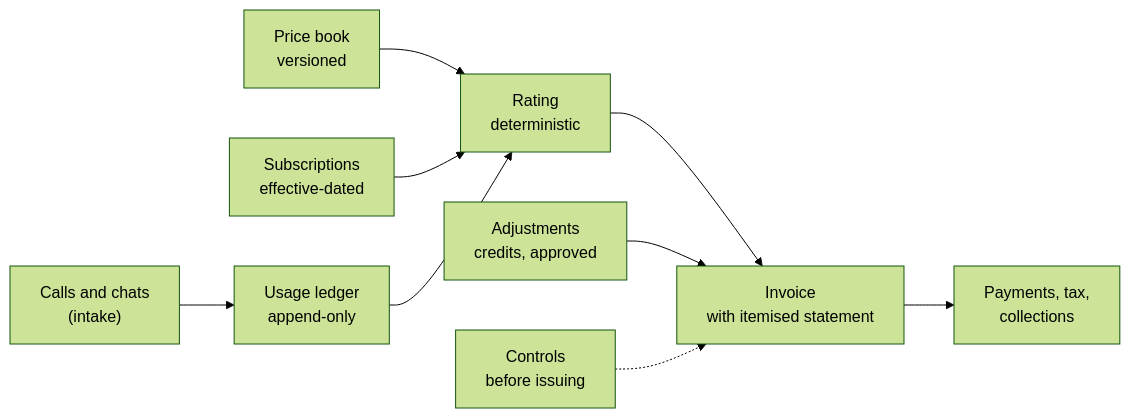
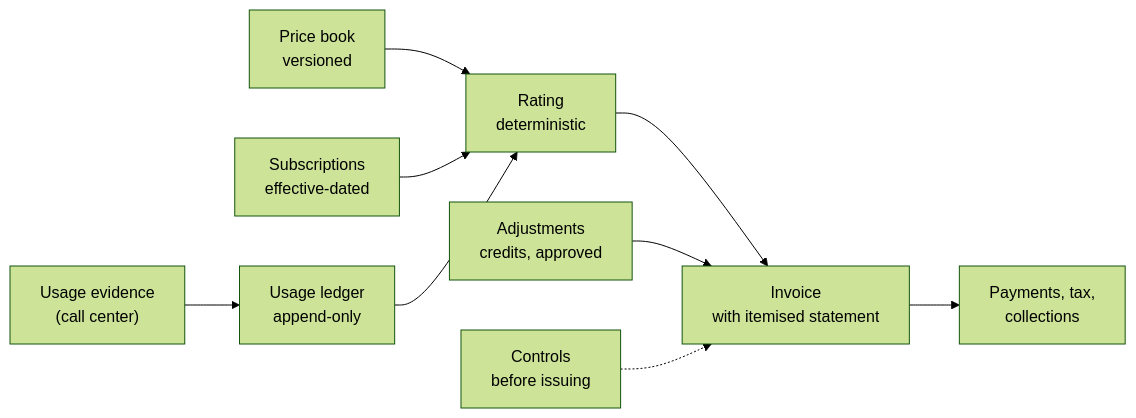
Before and after one commit to cthomas76c5h/leads-integration: the diagram in docs/billing/strategy.md, drawn with Mermaid (forest theme). The commit also changed other lines of this file and 40 other files, not shown here.

````diff
--- a/docs/billing/strategy.md
+++ b/docs/billing/strategy.md
@@ -81,10 +81,10 @@
 ```mermaid
 flowchart LR
-  C["Calls and chats<br/>(intake)"] --> U["Usage ledger<br/>append-only"]
+  C["Usage evidence<br/>(call center)"] --> U["Usage ledger<br/>append-only"]
   P["Price book<br/>versioned"] --> R["Rating<br/>deterministic"]
   S["Subscriptions<br/>effective-dated"] --> R
   U --> R --> I["Invoice<br/>with itemised statement"]
   A["Adjustments<br/>credits, approved"] --> I
   I --> B["Payments, tax,<br/>collections"]
   K["Controls<br/>before issuing"] -.-> I
 ```
````
